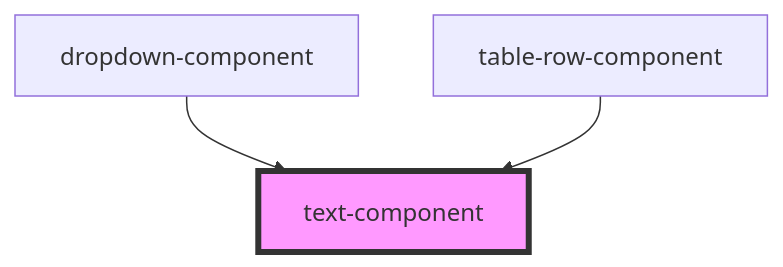
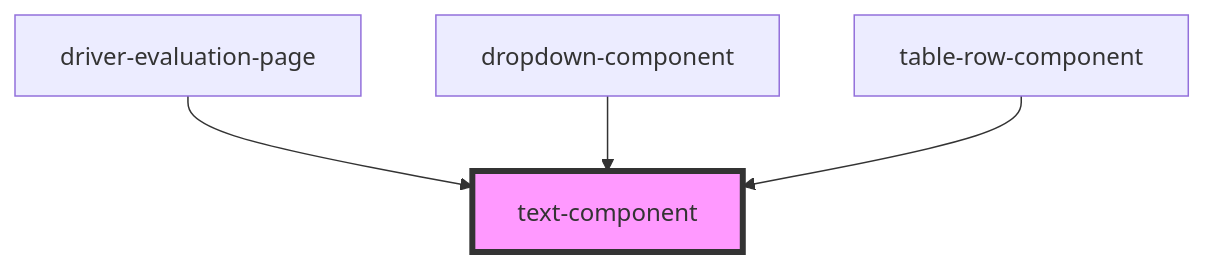
Before and after one commit to design-system-dev/scania-dev-test: the diagram in packages/components/src/components/text-component/readme.md, drawn with Mermaid. The commit also changed other lines of this file and 6 other files, not shown here.

Commit message:
feat(driver-evaluation-page): basic page layout

````diff
--- a/packages/components/src/components/text-component/readme.md
+++ b/packages/components/src/components/text-component/readme.md
@@ -26,6 +27,7 @@
 ```mermaid
 graph TD;
+  driver-evaluation-page --> text-component
   dropdown-component --> text-component
   table-row-component --> text-component
   style text-component fill:#f9f,stroke:#333,stroke-width:4px
 ```
````
